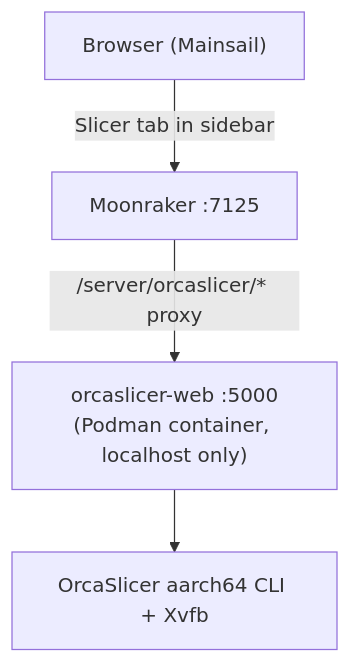
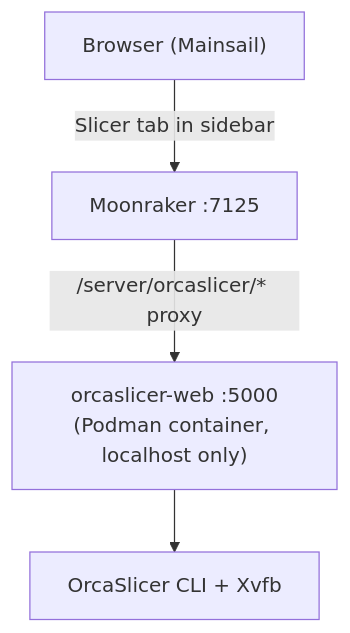
Before and after one commit to zvakanaka/mainsail-orcaslicer: the diagram in README.md, drawn with Mermaid. The commit also changed other lines of this file and 2 other files, not shown here.

Commit message:
feat: add back-to-mainsail nav, support aarch64 and x86_64

````diff
--- a/README.md
+++ b/README.md
@@ -12,6 +12,6 @@
 ```mermaid
 flowchart TD
     A["Browser (Mainsail)"] -- "Slicer tab in sidebar" --> B["Moonraker :7125"]
     B -- "/server/orcaslicer/* proxy" --> C["orcaslicer-web :5000\n(Podman container, localhost only)"]
-    C --> D["OrcaSlicer aarch64 CLI + Xvfb"]
+    C --> D["OrcaSlicer CLI + Xvfb"]
 ```
````
